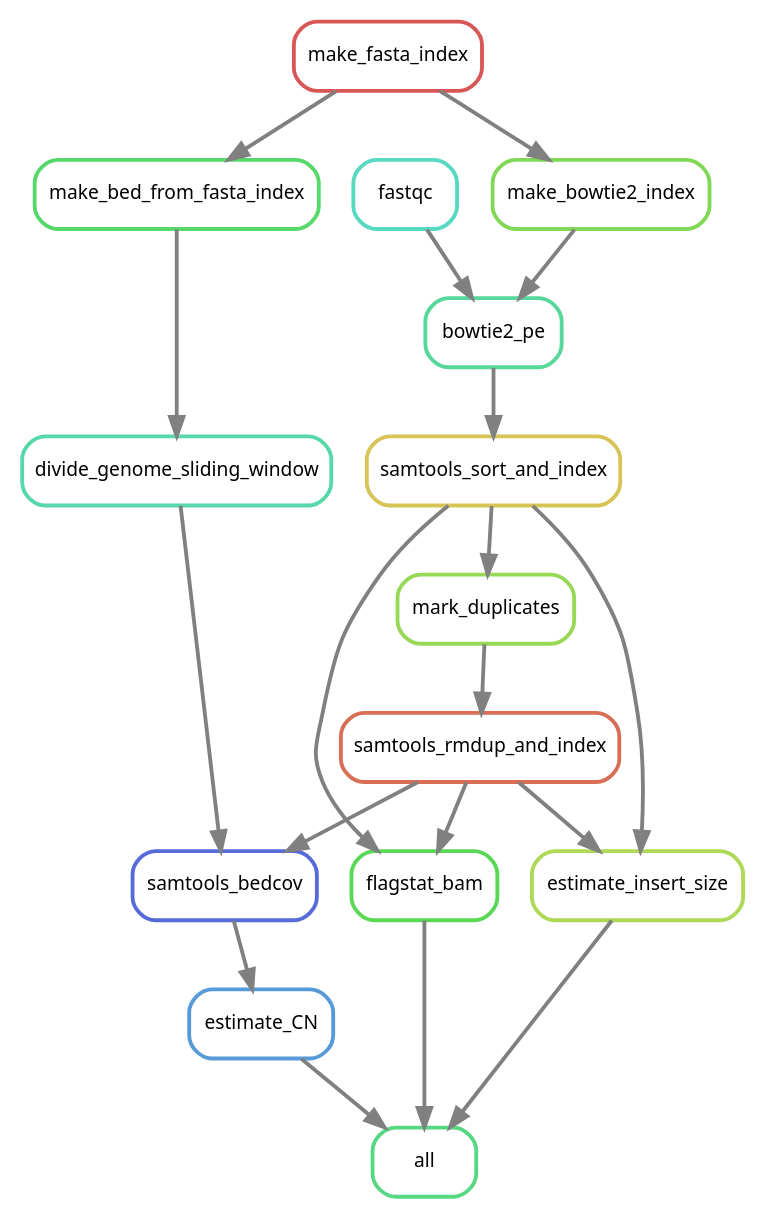
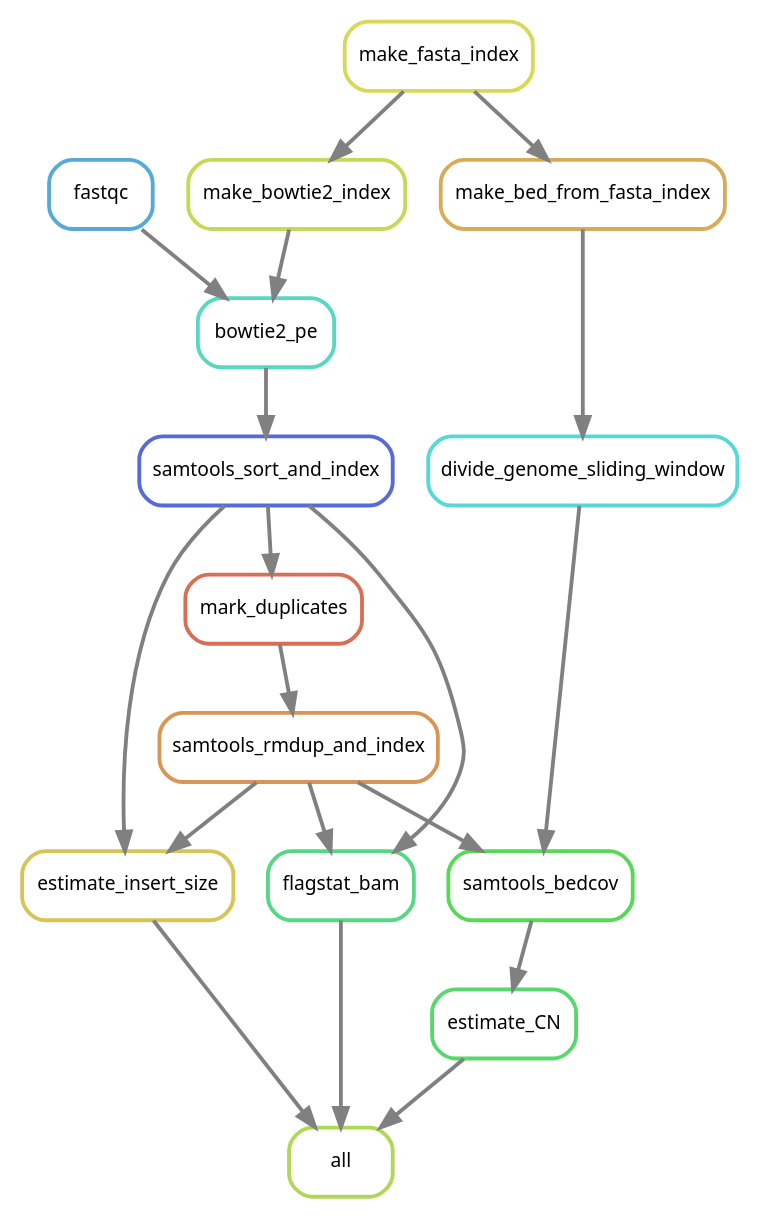
The diagram in snakemake/rulegraph.dot (mevers/WGS_CN), drawn with Graphviz before and after one commit. The commit also changed 90 other files, not shown here.

```diff
--- a/snakemake/rulegraph.dot
+++ b/snakemake/rulegraph.dot
@@ -1,37 +1,37 @@
 digraph snakemake_dag {
     graph[bgcolor=white, margin=0];
     node[shape=box, style=rounded, fontname=sans,                 fontsize=10, penwidth=2];
     edge[penwidth=2, color=grey];
-	0[label = "make_fasta_index", color = "0.00 0.6 0.85", style="rounded"];
-	1[label = "all", color = "0.39 0.6 0.85", style="rounded"];
-	2[label = "bowtie2_pe", color = "0.42 0.6 0.85", style="rounded"];
-	3[label = "samtools_rmdup_and_index", color = "0.03 0.6 0.85", style="rounded"];
-	4[label = "estimate_insert_size", color = "0.22 0.6 0.85", style="rounded"];
-	5[label = "make_bed_from_fasta_index", color = "0.36 0.6 0.85", style="rounded"];
-	6[label = "mark_duplicates", color = "0.25 0.6 0.85", style="rounded"];
-	7[label = "divide_genome_sliding_window", color = "0.44 0.6 0.85", style="rounded"];
-	8[label = "fastqc", color = "0.47 0.6 0.85", style="rounded"];
-	9[label = "make_bowtie2_index", color = "0.28 0.6 0.85", style="rounded"];
-	10[label = "samtools_sort_and_index", color = "0.14 0.6 0.85", style="rounded"];
-	11[label = "estimate_CN", color = "0.58 0.6 0.85", style="rounded"];
-	12[label = "flagstat_bam", color = "0.33 0.6 0.85", style="rounded"];
-	13[label = "samtools_bedcov", color = "0.64 0.6 0.85", style="rounded"];
-	4 -> 1
+	0[label = "flagstat_bam", color = "0.39 0.6 0.85", style="rounded"];
+	1[label = "make_bowtie2_index", color = "0.19 0.6 0.85", style="rounded"];
+	2[label = "bowtie2_pe", color = "0.47 0.6 0.85", style="rounded"];
+	3[label = "divide_genome_sliding_window", color = "0.50 0.6 0.85", style="rounded"];
+	4[label = "mark_duplicates", color = "0.03 0.6 0.85", style="rounded"];
+	5[label = "all", color = "0.22 0.6 0.85", style="rounded"];
+	6[label = "samtools_rmdup_and_index", color = "0.08 0.6 0.85", style="rounded"];
+	7[label = "make_bed_from_fasta_index", color = "0.11 0.6 0.85", style="rounded"];
+	8[label = "fastqc", color = "0.56 0.6 0.85", style="rounded"];
+	9[label = "estimate_insert_size", color = "0.14 0.6 0.85", style="rounded"];
+	10[label = "samtools_bedcov", color = "0.33 0.6 0.85", style="rounded"];
+	11[label = "estimate_CN", color = "0.36 0.6 0.85", style="rounded"];
+	12[label = "make_fasta_index", color = "0.17 0.6 0.85", style="rounded"];
+	13[label = "samtools_sort_and_index", color = "0.64 0.6 0.85", style="rounded"];
+	6 -> 0
+	13 -> 0
 	12 -> 1
-	11 -> 1
-	9 -> 2
+	1 -> 2
 	8 -> 2
-	6 -> 3
-	3 -> 4
-	10 -> 4
+	7 -> 3
+	13 -> 4
 	0 -> 5
-	10 -> 6
-	5 -> 7
-	0 -> 9
-	2 -> 10
-	13 -> 11
-	3 -> 12
-	10 -> 12
-	3 -> 13
-	7 -> 13
+	11 -> 5
+	9 -> 5
+	4 -> 6
+	12 -> 7
+	6 -> 9
+	13 -> 9
+	6 -> 10
+	3 -> 10
+	10 -> 11
+	2 -> 13
 }            
```
